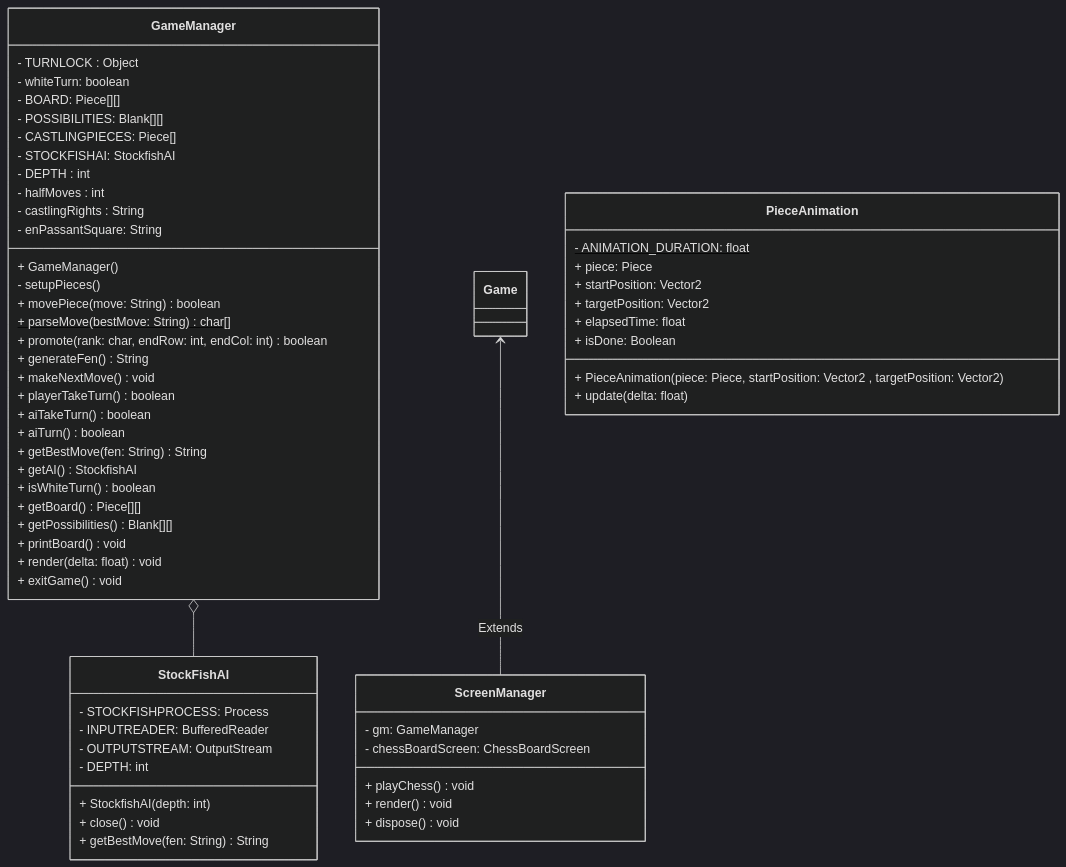
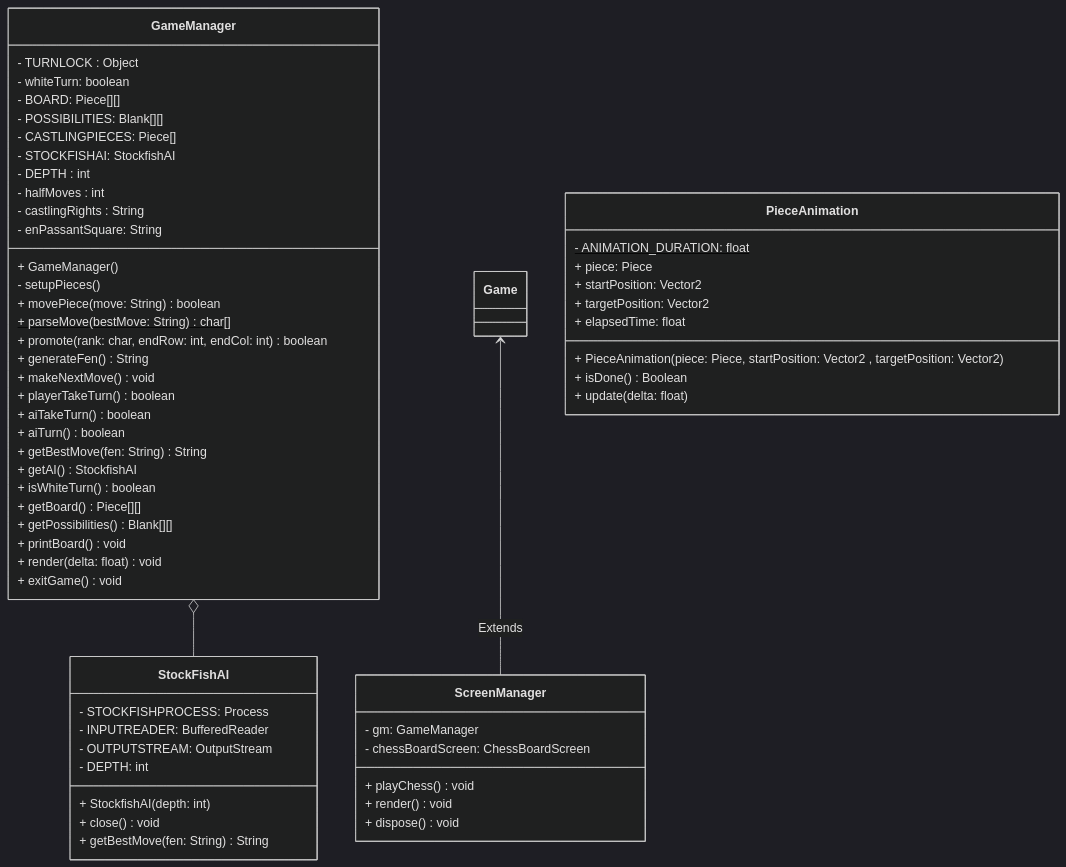
One commit to cis3296f24/gameroomgdx changed the diagram in ClassDiagram.md. Above: the diagram before and after it, drawn with Mermaid (dark theme).

Commit message:
Fix an error

````diff
--- a/ClassDiagram.md
+++ b/ClassDiagram.md
@@ -3,73 +3,73 @@
 ```mermaid 
 classDiagram
     class StockFishAI{
         - STOCKFISHPROCESS: Process
         - INPUTREADER: BufferedReader
         - OUTPUTSTREAM: OutputStream
         - DEPTH: int
         + StockfishAI(depth: int)
         + close() void
         + getBestMove(fen: String) String
     }
     
     class GameManager{
        - TURNLOCK : Object 
        - whiteTurn: boolean 
        - BOARD: Piece[][] 
        - POSSIBILITIES: Blank[][]
        - CASTLINGPIECES: Piece[] 
        - STOCKFISHAI: StockfishAI 
        - DEPTH : int
        - halfMoves : int
        - castlingRights : String
        - enPassantSquare: String
        + GameManager()
        - setupPieces()
        + movePiece(move: String) boolean
        + parseMove(bestMove: String) char[]$
        + promote(rank: char, endRow: int, endCol: int) boolean
        + generateFen() String
        + makeNextMove() void
        + playerTakeTurn() boolean
        + aiTakeTurn() boolean
        + aiTurn() boolean
        + getBestMove(fen: String) String
        + getAI() StockfishAI
        + isWhiteTurn() boolean
        + getBoard() Piece[][]
        + getPossibilities() Blank[][]
        + printBoard() void
        + render(delta: float) void
        + exitGame() void
    
    }
     GameManager  o--  StockFishAI
     
     class ScreenManager{
         - gm: GameManager
         - chessBoardScreen: ChessBoardScreen
         
         + playChess() void
         + render() void
         + dispose() void
     }
     
     class Game{
         
     }
     
     Game <-- ScreenManager: Extends
     
     class PieceAnimation{
         - ANIMATION_DURATION: float$
         + piece: Piece
         + startPosition: Vector2
         + targetPosition: Vector2
         + elapsedTime: float
         
         + PieceAnimation(piece: Piece, startPosition: Vector2 , targetPosition: Vector2)
-        + isDone: Boolean
+        + isDone() Boolean
         + update(delta: float)
     }
 
 ```
````
